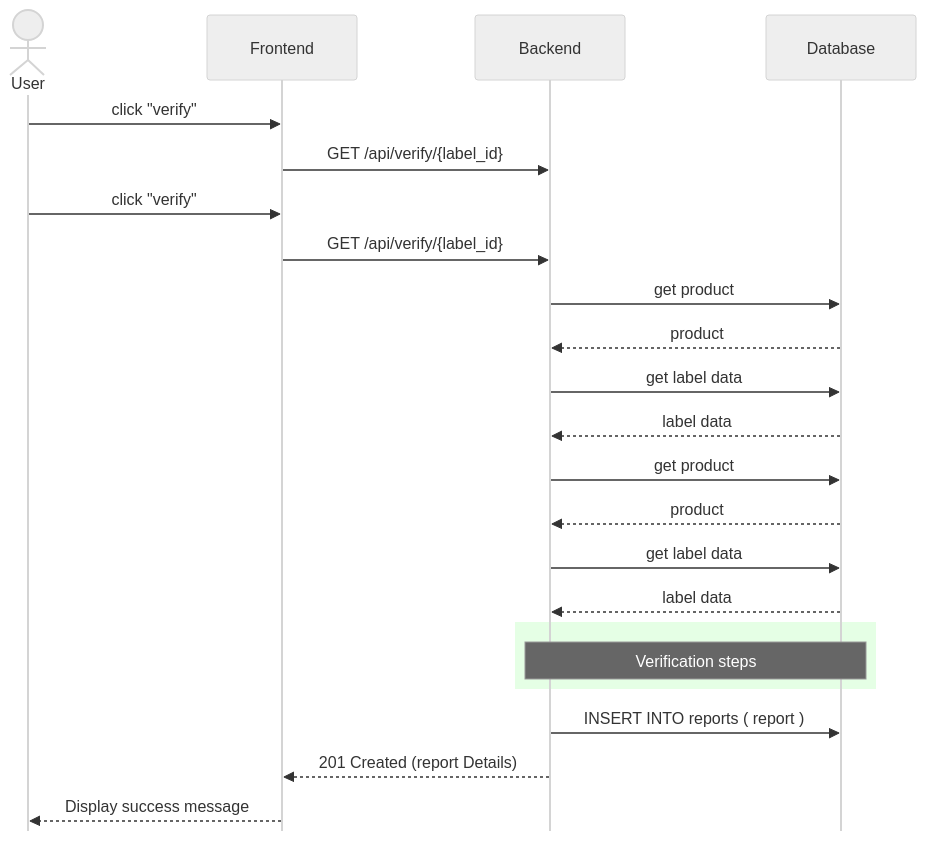
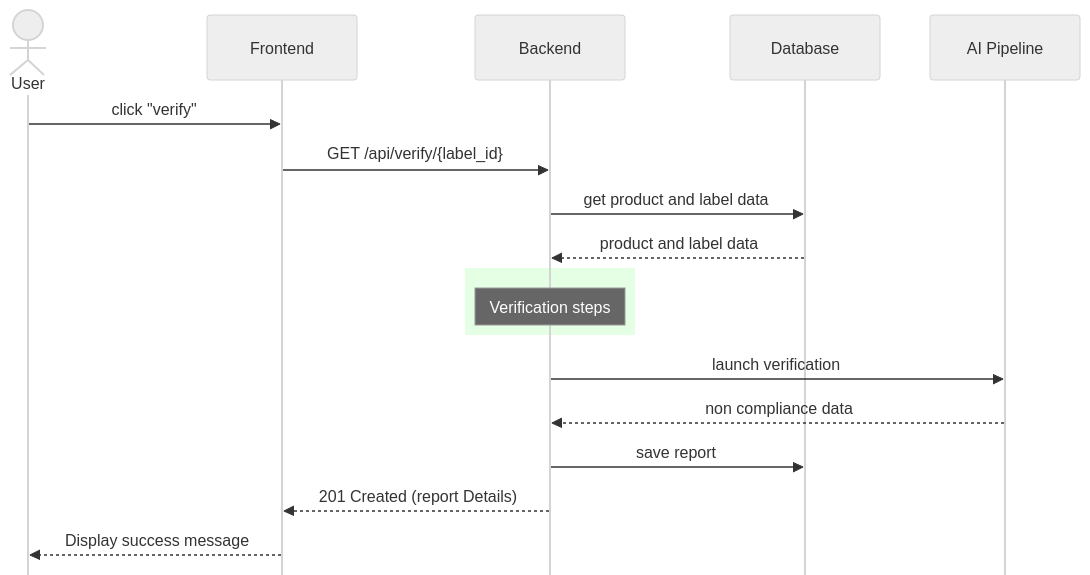
The diagram in docs/compliance/design.md (ai-cfia/fertiscan), drawn with Mermaid (neutral theme) before and after one commit. The commit also changed 1 other file, not shown here.

Commit message:
more human interaction design for general verification and lot_number verification

````diff
--- a/docs/compliance/design.md
+++ b/docs/compliance/design.md
@@ -3,36 +3,33 @@
 ```mermaid
 %%{init: { "sequence": { "mirrorActors": false } }}%%
 sequenceDiagram
     actor usr as User
     participant fe as Frontend
     participant be as Backend
     participant db as Database
     actor usr as User
     participant fe as Frontend
     participant be as Backend
     participant db as Database
+    participant ai as AI Pipeline
 
     usr ->> fe : click "verify"
     fe ->> be : GET /api/verify/{label_id}
-    usr ->> fe : click "verify"
-    fe ->> be : GET /api/verify/{label_id}
 
-    be ->> db : get product
-    db -->> be : product
-    be ->> db : get label data
-    db -->> be: label data
-    be ->> db : get product
-    db -->> be : product
-    be ->> db : get label data
-    db -->> be: label data
+
+    be ->> db : get product and label data
+    db -->> be : product and label data
 
     rect rgba(0,250,0,0.1)
-        note over be,db: Verification steps
+        note over be: Verification steps
     end
 
-    be ->> db : INSERT INTO reports ( report )
+    be ->> ai: launch verification
+    ai -->> be: non compliance data
+
+    be ->> db : save report
 
     be -->> fe: 201 Created (report Details)
 
     fe -->> usr: Display success message
 ```
````
